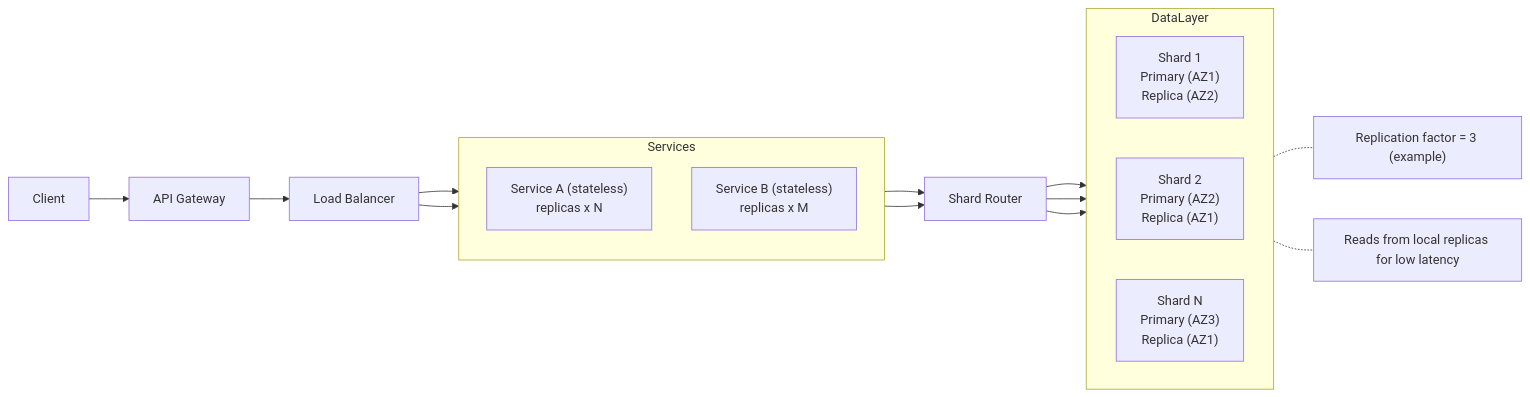
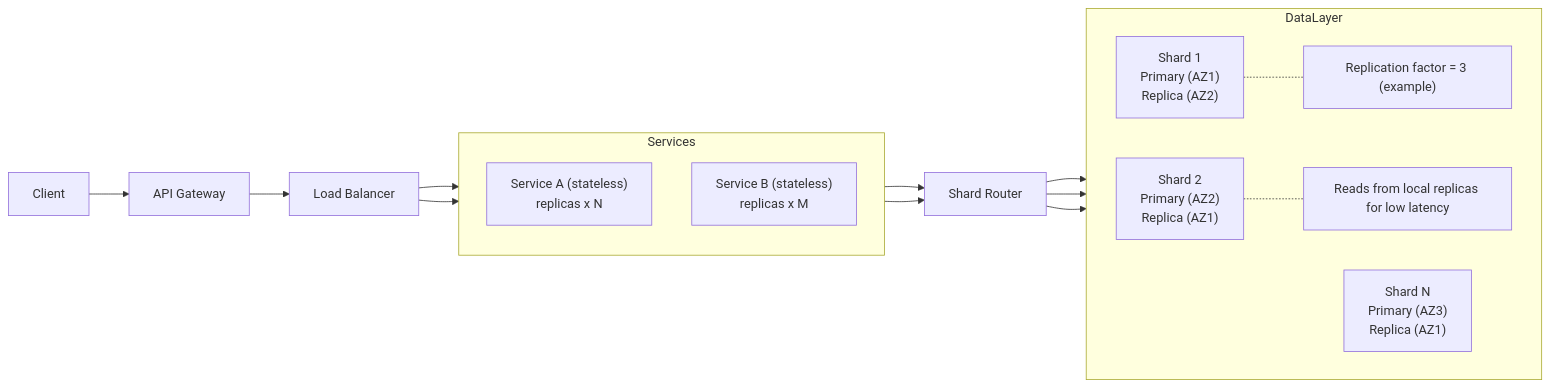
One commit to mjalaf/mjalaf.github.io changed the second of 3 diagrams in src/content/blog/modern-large-scale-systems-architecture-patterns-and-advanced-practices-part-1.md. Above: the diagram before and after it, drawn with Mermaid. The commit also changed 2 other files, not shown here.

Commit message:
Fix mermaid: streaming nested quotes, lambda/kappa subgraph styling, microservices subgraph layout

````diff
--- a/src/content/blog/modern-large-scale-systems-architecture-patterns-and-advanced-practices-part-1.md
+++ b/src/content/blog/modern-large-scale-systems-architecture-patterns-and-advanced-practices-part-1.md
@@ -149,27 +149,27 @@
 ```mermaid
 flowchart LR
   Client-->API[API Gateway]
   API-->LB[Load Balancer]
   subgraph Services
     direction TB
     S1["Service A (stateless)<br/>replicas x N"]
     S2["Service B (stateless)<br/>replicas x M"]
   end
   LB-->S1
   LB-->S2
   S1-->ShardRouter[Shard Router]
   S2-->ShardRouter
   subgraph DataLayer
     direction LR
     Shard1["Shard 1<br/>Primary (AZ1)<br/>Replica (AZ2)"]
     Shard2["Shard 2<br/>Primary (AZ2)<br/>Replica (AZ1)"]
     ShardN["Shard N<br/>Primary (AZ3)<br/>Replica (AZ1)"]
+    Shard1_note["Replication factor = 3 (example)"]
+    Shard2_note["Reads from local replicas for low latency"]
+    Shard1 -.- Shard1_note
+    Shard2 -.- Shard2_note
   end
   ShardRouter-->Shard1
   ShardRouter-->Shard2
   ShardRouter-->ShardN
-  Shard1_note["Replication factor = 3 (example)"]
-  Shard1 -.- Shard1_note
-  Shard2_note["Reads from local replicas for low latency"]
-  Shard2 -.- Shard2_note
 ```
````
